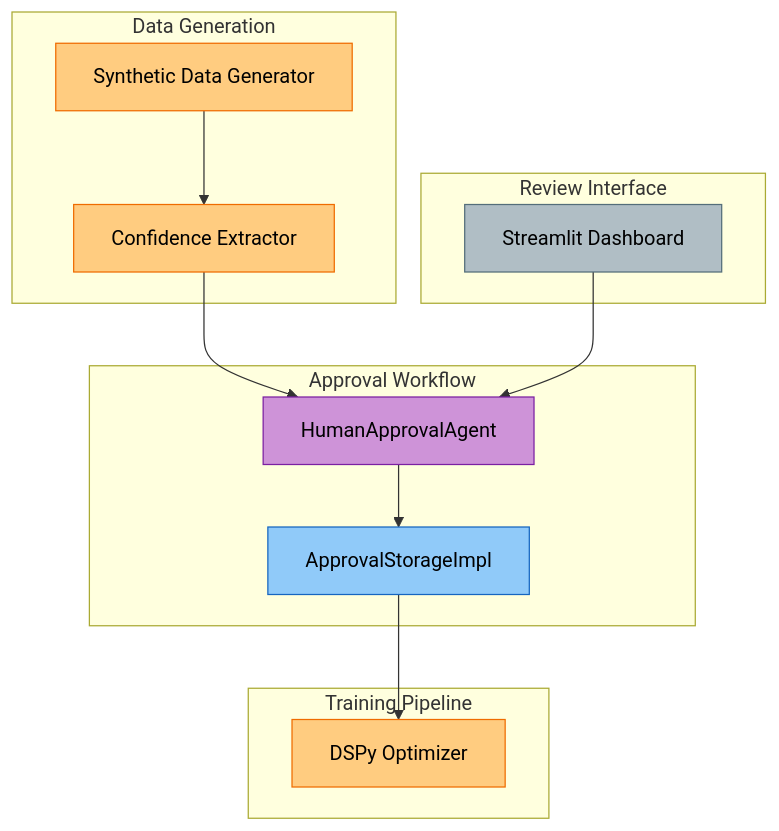
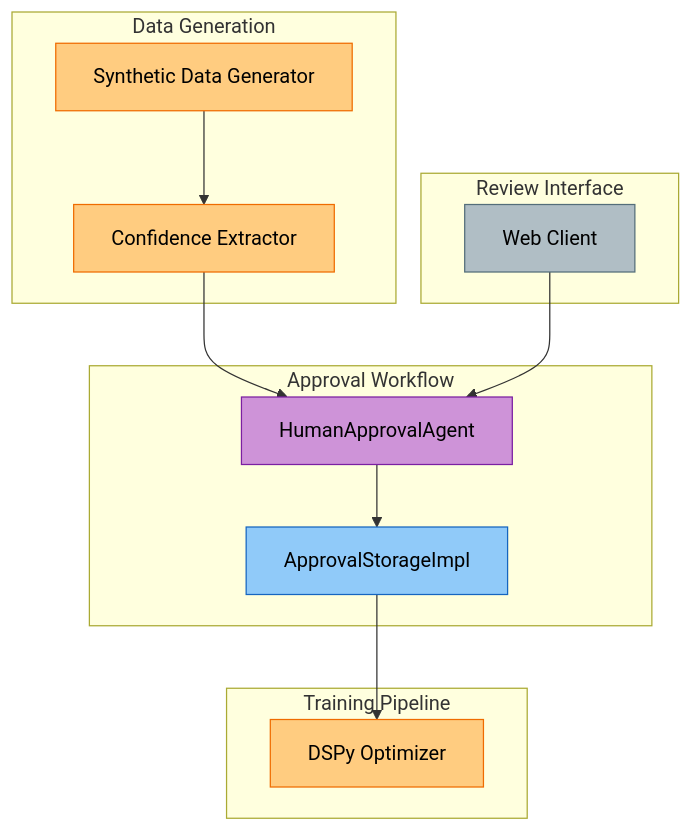
Before and after one commit to amit-jain/cogniverse: diagram 16 of 18 in docs/modules/agents.md, drawn with Mermaid. The commit also changed other lines of this file and 241 other files, not shown here.

First line of the commit message:
Remove the Streamlit dashboard

````diff
--- a/docs/modules/agents.md
+++ b/docs/modules/agents.md
@@ -5131,33 +5131,33 @@
 ```mermaid
 flowchart TB
     subgraph "Data Generation"
         SyntheticGen["<span style='color:#000'>Synthetic Data Generator</span>"]
         Extractor["<span style='color:#000'>Confidence Extractor</span>"]
         SyntheticGen --> Extractor
     end
 
     subgraph "Approval Workflow"
         ApprovalAgent["<span style='color:#000'>HumanApprovalAgent</span>"]
         Storage["<span style='color:#000'>ApprovalStorageImpl</span>"]
 
         Extractor --> ApprovalAgent
         ApprovalAgent --> Storage
     end
 
     subgraph "Review Interface"
-        Dashboard["<span style='color:#000'>Streamlit Dashboard</span>"]
-        Dashboard --> ApprovalAgent
+        WebClient["<span style='color:#000'>Web Client</span>"]
+        WebClient --> ApprovalAgent
     end
 
     subgraph "Training Pipeline"
         Optimizer["<span style='color:#000'>DSPy Optimizer</span>"]
         Storage --> Optimizer
     end
 
     style SyntheticGen fill:#ffcc80,stroke:#ef6c00,color:#000
     style Extractor fill:#ffcc80,stroke:#ef6c00,color:#000
     style ApprovalAgent fill:#ce93d8,stroke:#7b1fa2,color:#000
     style Storage fill:#90caf9,stroke:#1565c0,color:#000
-    style Dashboard fill:#b0bec5,stroke:#546e7a,color:#000
+    style WebClient fill:#b0bec5,stroke:#546e7a,color:#000
     style Optimizer fill:#ffcc80,stroke:#ef6c00,color:#000
 ```
````
